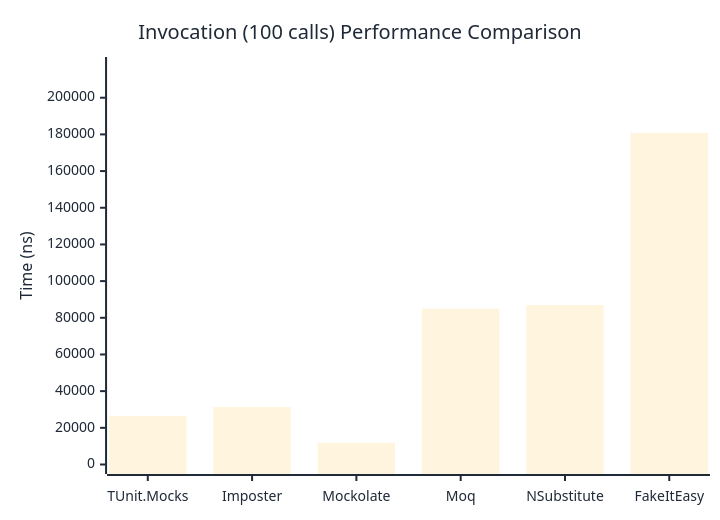
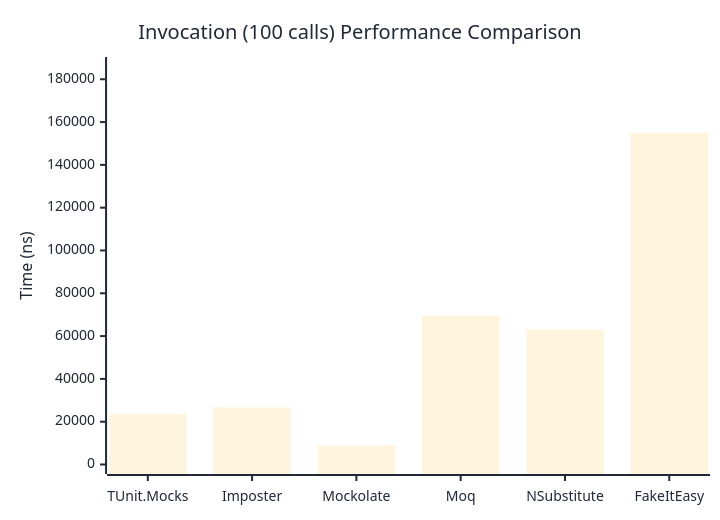
One commit to weiyilai/TUnit changed the third of 3 diagrams in docs/docs/benchmarks/mocks/Invocation.md. Above: the diagram before and after it, drawn with Mermaid. The commit also changed other lines of this file and 14 other files, not shown here.

````diff
--- a/docs/docs/benchmarks/mocks/Invocation.md
+++ b/docs/docs/benchmarks/mocks/Invocation.md
@@ -110,27 +110,27 @@
 ```mermaid
 %%{init: {
   'theme':'base',
   'themeVariables': {
     'primaryColor': '#2563eb',
     'primaryTextColor': '#1f2937',
     'primaryBorderColor': '#1e40af',
     'lineColor': '#6b7280',
     'secondaryColor': '#7c3aed',
     'tertiaryColor': '#dc2626',
     'background': '#ffffff',
     'pie1': '#2563eb',
     'pie2': '#7c3aed',
     'pie3': '#dc2626',
     'pie4': '#f59e0b',
     'pie5': '#10b981',
     'pie6': '#06b6d4',
     'pie7': '#ec4899',
     'pie8': '#6366f1'
   }
 }}%%
 xychart-beta
   title "Invocation (100 calls) Performance Comparison"
   x-axis ["TUnit.Mocks", "Imposter", "Mockolate", "Moq", "NSubstitute", "FakeItEasy"]
-  y-axis "Time (ns)" 0 --> 217027
-  bar [26421, 31338.6, 11872.1, 84982.1, 86959.4, 180855.7]
+  y-axis "Time (ns)" 0 --> 185959
+  bar [23685.24, 26672.96, 9008.94, 69538.52, 63140.44, 154965.78]
 ```
````
